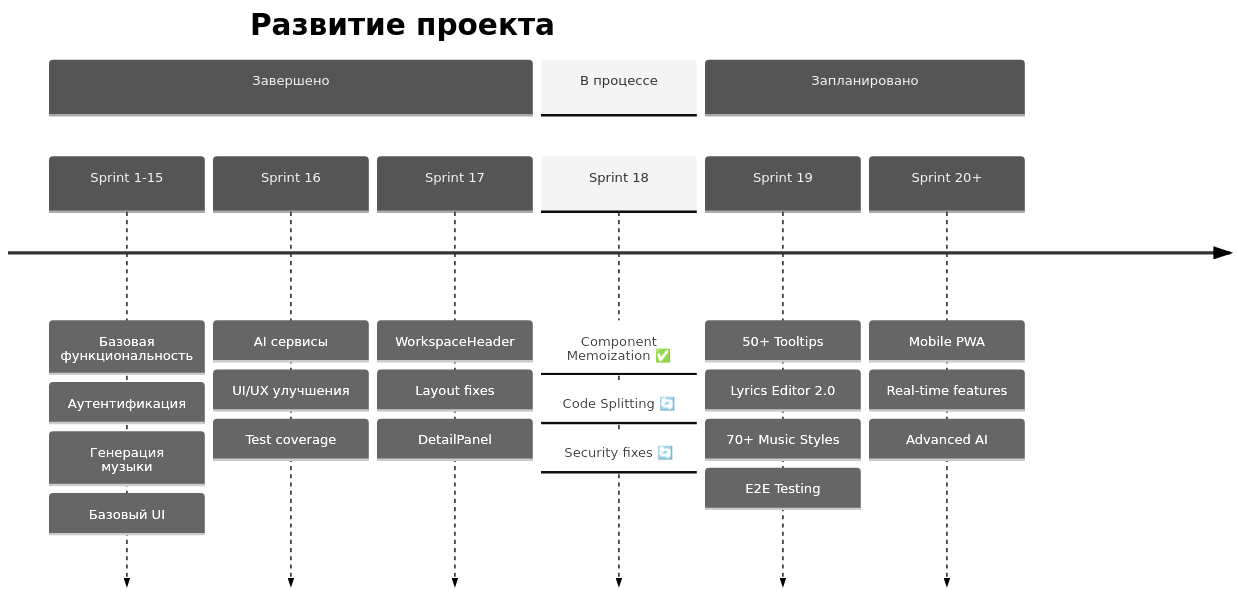
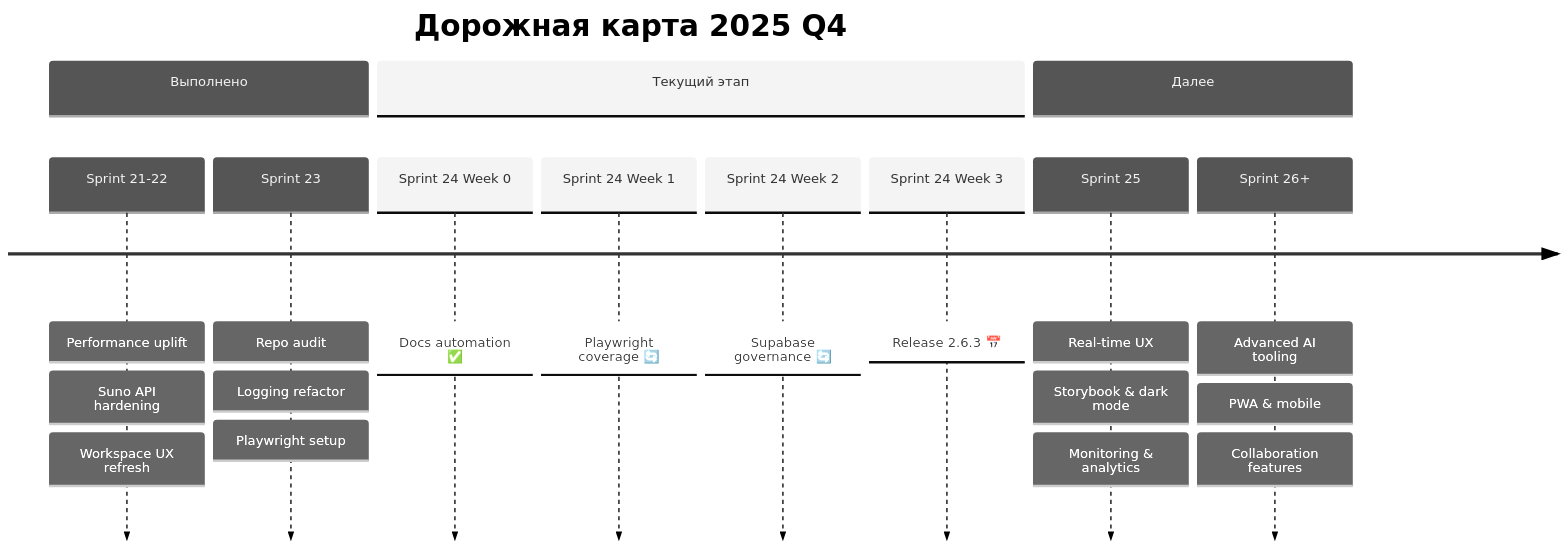
Before and after one commit to HOW2AI-AGENCY/albert3-muse-synth-studio: the diagram in docs/ROADMAP.md, drawn with Mermaid (neutral theme). The commit also changed other lines of this file and 15 other files, not shown here.

Commit message:
Update sprint docs and add UI component registry

````diff
--- a/docs/ROADMAP.md
+++ b/docs/ROADMAP.md
@@ -8,27 +16,23 @@
 ```mermaid
 timeline
-    title Развитие проекта
-    section Завершено
-        Sprint 1-15 : Базовая функциональность
-                    : Аутентификация
-                    : Генерация музыки
-                    : Базовый UI
-        Sprint 16 : AI сервисы
-                  : UI/UX улучшения
-                  : Test coverage
-        Sprint 17 : WorkspaceHeader
-                  : Layout fixes
-                  : DetailPanel
-    section В процессе
-        Sprint 18 : Component Memoization ✅
-                  : Code Splitting 🔄
-                  : Security fixes 🔄
-    section Запланировано
-        Sprint 19 : 50+ Tooltips
-                  : Lyrics Editor 2.0
-                  : 70+ Music Styles
-                  : E2E Testing
-        Sprint 20+ : Mobile PWA
-                   : Real-time features
-                   : Advanced AI
+    title Дорожная карта 2025 Q4
+    section Выполнено
+        Sprint 21-22 : Performance uplift
+                      : Suno API hardening
+                      : Workspace UX refresh
+        Sprint 23 : Repo audit
+                  : Logging refactor
+                  : Playwright setup
+    section Текущий этап
+        Sprint 24 Week 0 : Docs automation ✅
+        Sprint 24 Week 1 : Playwright coverage 🔄
+        Sprint 24 Week 2 : Supabase governance 🔄
+        Sprint 24 Week 3 : Release 2.6.3 📅
+    section Далее
+        Sprint 25 : Real-time UX
+                  : Storybook & dark mode
+                  : Monitoring & analytics
+        Sprint 26+ : Advanced AI tooling
+                    : PWA & mobile
+                    : Collaboration features
 ```
````
